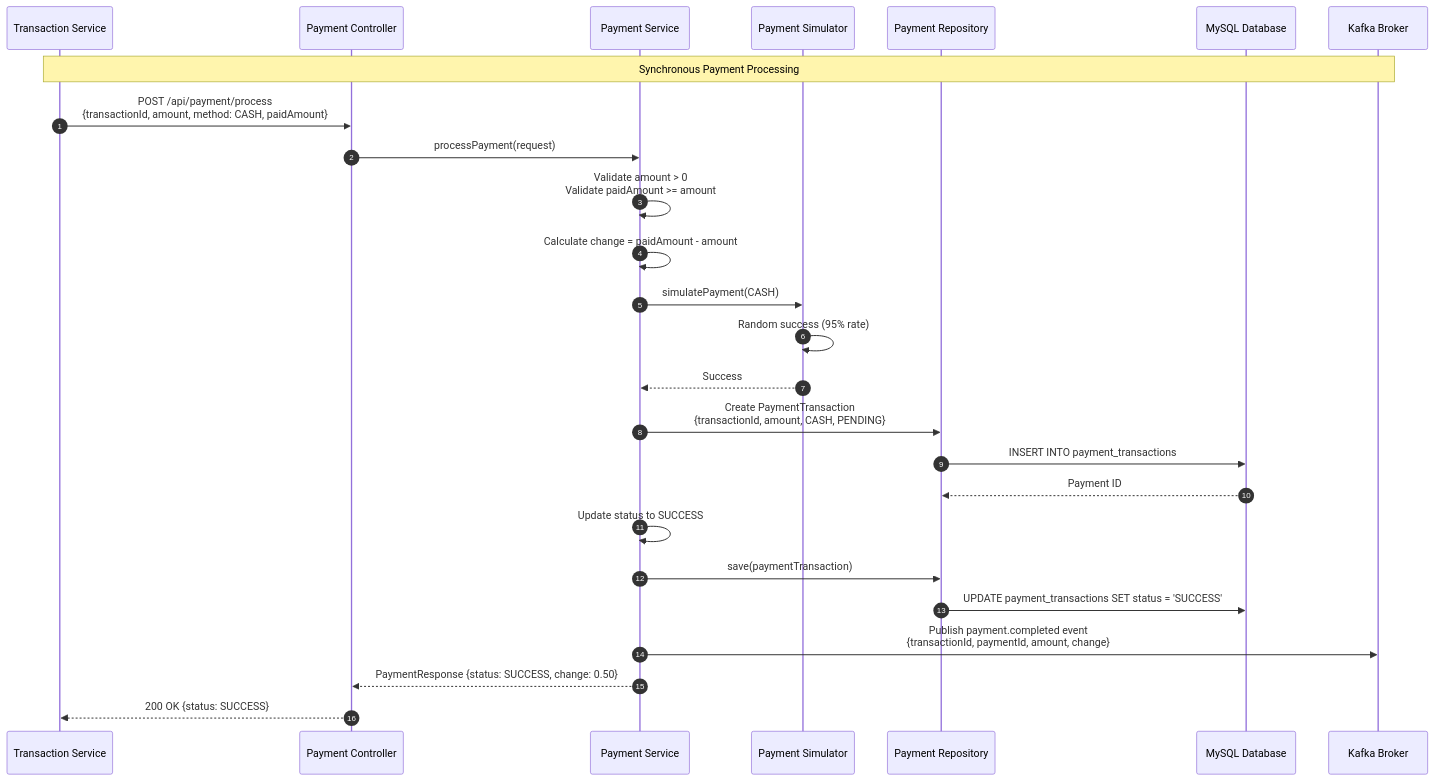
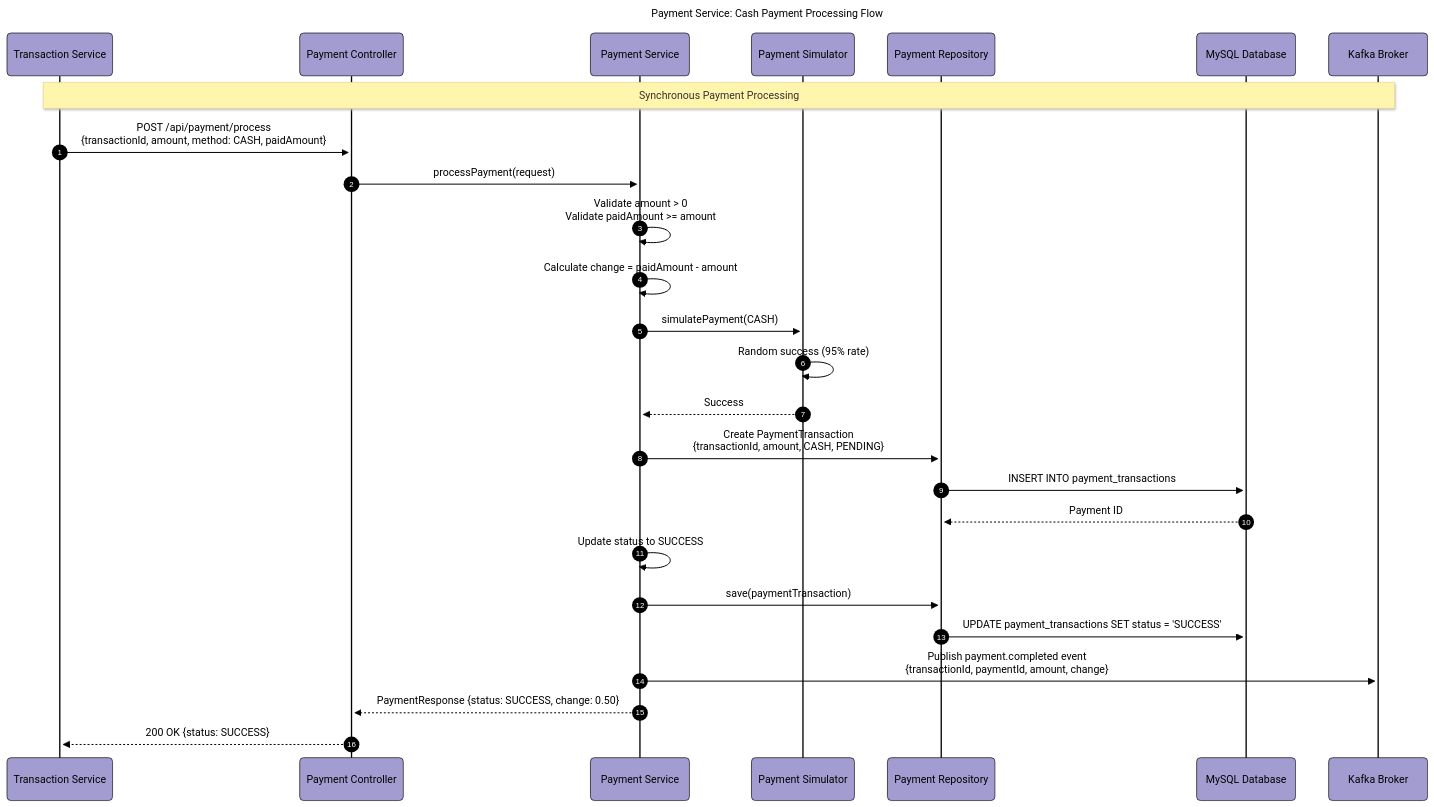
One commit to BrunoGil-AS/Vending-Machine-Microservices changed the seventh of 10 diagrams in Documentation/diagrams/payment-service.md. Above: the diagram before and after it, drawn with Mermaid. The commit also changed other lines of this file and 7 other files, not shown here.

Commit message:
docs: Update service diagrams with new configurations and titles

````diff
--- a/Documentation/diagrams/payment-service.md
+++ b/Documentation/diagrams/payment-service.md
@@ -393,35 +477,49 @@
 ```mermaid
+---
+config:
+  theme: base
+  themeVariables:
+    primaryColor: '#a39cd1ff'
+    primaryTextColor: '#000000'
+    secondaryTextColor: '#ffffffff'
+    primaryBorderColor: '#000000'
+    lineColor: '#000000ff'
+    secondaryColor: '#90b590ff'
+    tertiaryColor: '#f9f6a1ff'
+  look: neo
+title: 'Payment Service: Cash Payment Processing Flow'
+---
 sequenceDiagram
     autonumber
     participant Transaction as Transaction Service
     participant Controller as Payment Controller
     participant Service as Payment Service
     participant Simulator as Payment Simulator
     participant Repo as Payment Repository
     participant DB as MySQL Database
     participant Kafka as Kafka Broker
 
     Note over Transaction,Kafka: Synchronous Payment Processing
     Transaction->>Controller: POST /api/payment/process<br/>{transactionId, amount, method: CASH, paidAmount}
     Controller->>Service: processPayment(request)
 
     Service->>Service: Validate amount > 0<br/>Validate paidAmount >= amount
     Service->>Service: Calculate change = paidAmount - amount
 
     Service->>Simulator: simulatePayment(CASH)
     Simulator->>Simulator: Random success (95% rate)
     Simulator-->>Service: Success
 
     Service->>Repo: Create PaymentTransaction<br/>{transactionId, amount, CASH, PENDING}
     Repo->>DB: INSERT INTO payment_transactions
     DB-->>Repo: Payment ID
 
     Service->>Service: Update status to SUCCESS
     Service->>Repo: save(paymentTransaction)
     Repo->>DB: UPDATE payment_transactions SET status = 'SUCCESS'
 
     Service->>Kafka: Publish payment.completed event<br/>{transactionId, paymentId, amount, change}
 
     Service-->>Controller: PaymentResponse {status: SUCCESS, change: 0.50}
     Controller-->>Transaction: 200 OK {status: SUCCESS}
 ```
````
